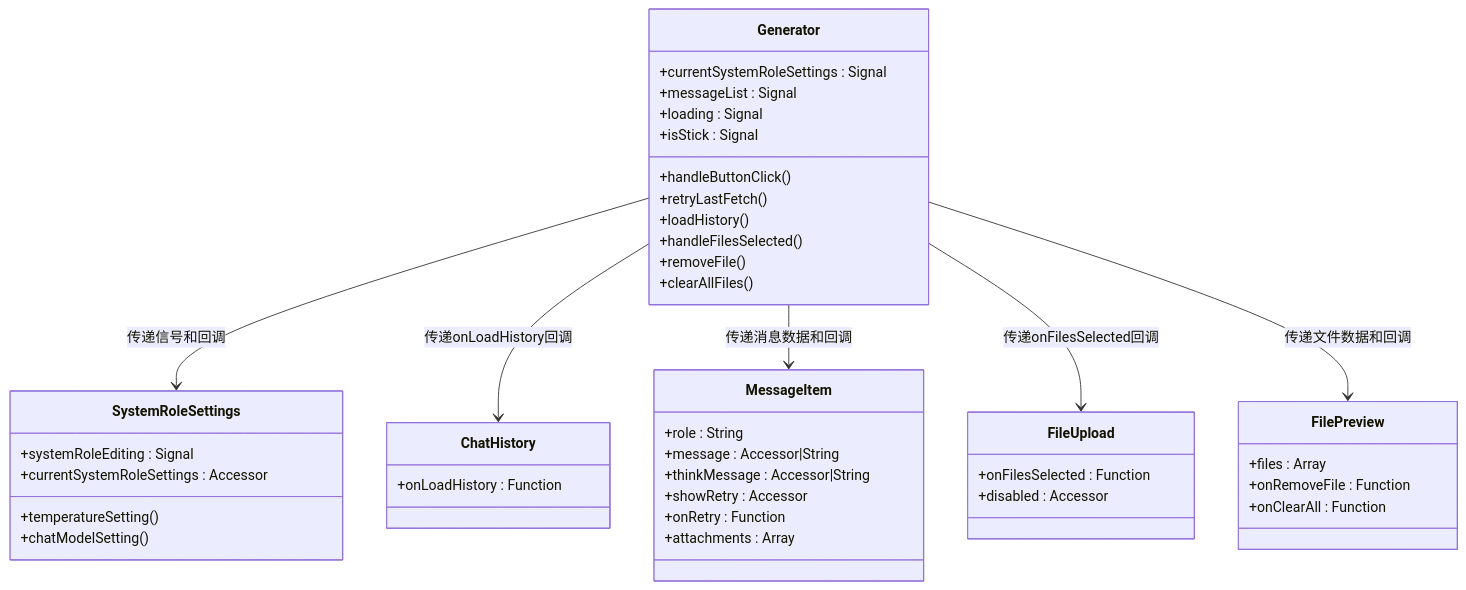
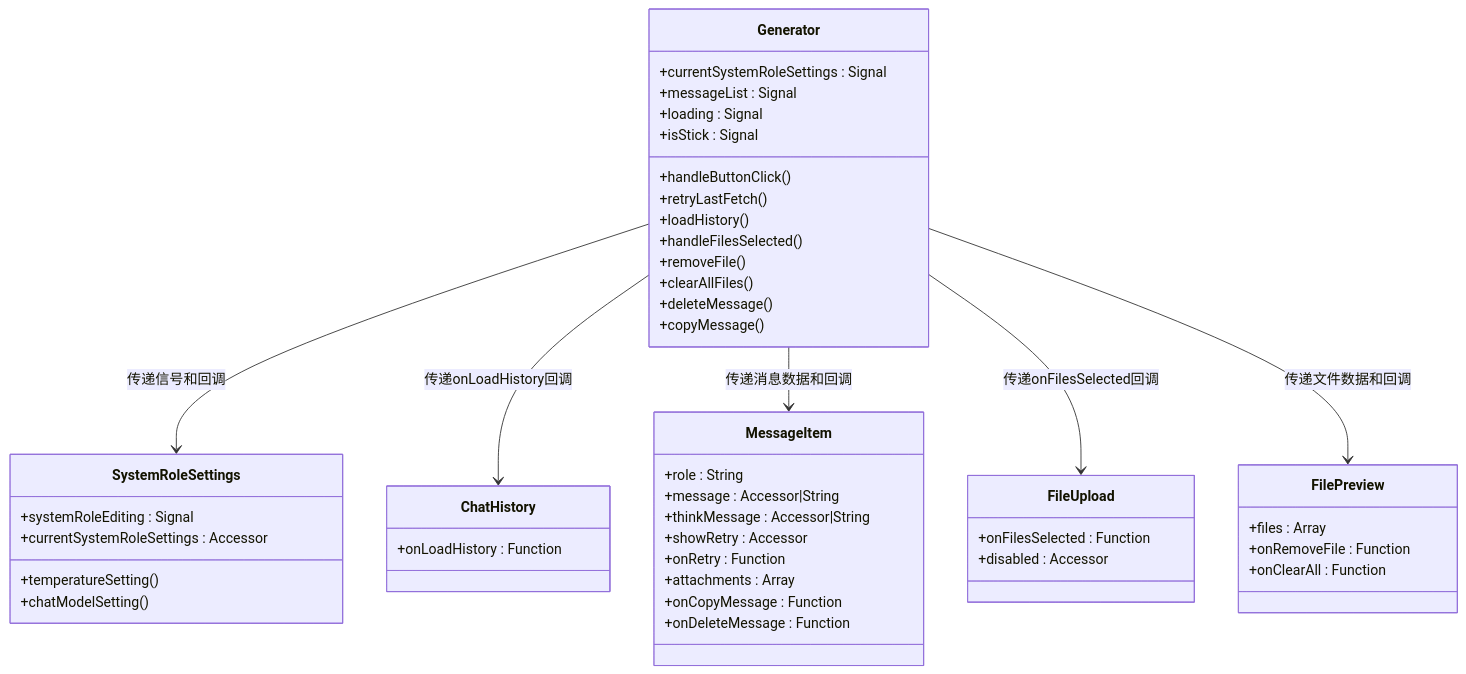
Before and after one commit to zfyime/chat-mini: the sixth of 8 diagrams in .qoder/repowiki/zh/content/组件架构/组件架构.md, drawn with Mermaid. The commit also changed other lines of this file and 10 other files, not shown here.

````diff
--- a/.qoder/repowiki/zh/content/组件架构/组件架构.md
+++ b/.qoder/repowiki/zh/content/组件架构/组件架构.md
@@ -327,46 +333,50 @@
 ```mermaid
 classDiagram
 class Generator {
 +currentSystemRoleSettings : Signal
 +messageList : Signal
 +loading : Signal
 +isStick : Signal
 +handleButtonClick()
 +retryLastFetch()
 +loadHistory()
 +handleFilesSelected()
 +removeFile()
 +clearAllFiles()
++deleteMessage()
++copyMessage()
 }
 class SystemRoleSettings {
 +systemRoleEditing : Signal
 +currentSystemRoleSettings : Accessor
 +temperatureSetting()
 +chatModelSetting()
 }
 class ChatHistory {
 +onLoadHistory : Function
 }
 class MessageItem {
 +role : String
 +message : Accessor|String
 +thinkMessage : Accessor|String
 +showRetry : Accessor
 +onRetry : Function
 +attachments : Array
++onCopyMessage : Function
++onDeleteMessage : Function
 }
 class FileUpload {
 +onFilesSelected : Function
 +disabled : Accessor
 }
 class FilePreview {
 +files : Array
 +onRemoveFile : Function
 +onClearAll : Function
 }
 Generator --> SystemRoleSettings : 传递信号和回调
 Generator --> ChatHistory : 传递onLoadHistory回调
 Generator --> MessageItem : 传递消息数据和回调
 Generator --> FileUpload : 传递onFilesSelected回调
 Generator --> FilePreview : 传递文件数据和回调
 ```
````
